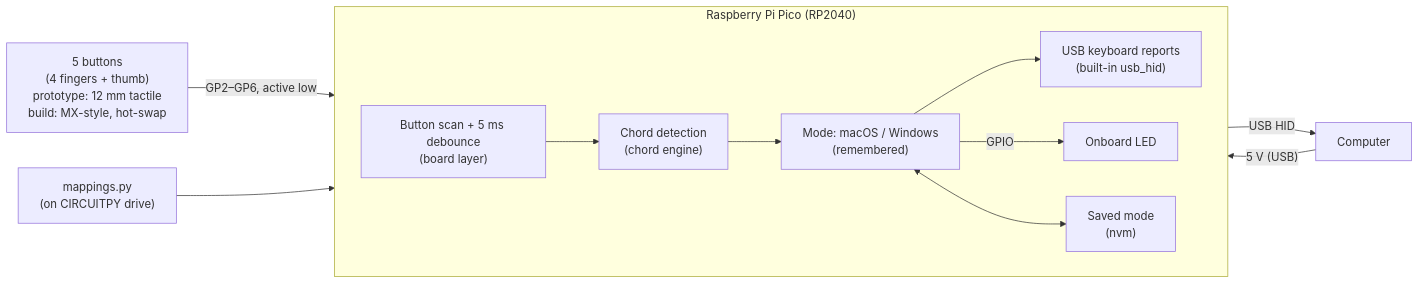
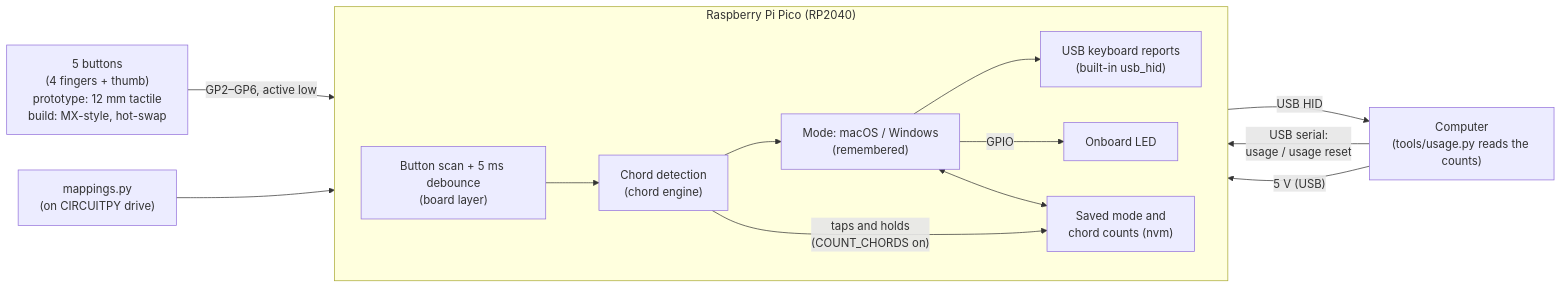
Before and after one commit to malkam03/handful: the first of 2 diagrams in docs/architecture.md, drawn with Mermaid. The commit also changed other lines of this file and 18 other files, not shown here.

First line of the commit message:
Add opt-in chord usage counts to guide layout tuning

````diff
--- a/docs/architecture.md
+++ b/docs/architecture.md
@@ -13,23 +13,25 @@
 ```mermaid
 flowchart LR
     buttons["5 buttons<br/>(4 fingers + thumb)<br/>prototype: 12 mm tactile<br/>build: MX-style, hot-swap"]
     subgraph pico["Raspberry Pi Pico (RP2040)"]
         direction LR
         scan["Button scan + 5 ms debounce<br/>(board layer)"]
         chord["Chord detection<br/>(chord engine)"]
         mode["Mode: macOS / Windows<br/>(remembered)"]
         hid["USB keyboard reports<br/>(built-in usb_hid)"]
         led["Onboard LED"]
         scan --> chord --> mode --> hid
         mode -- GPIO --> led
-        nvm["Saved mode<br/>(nvm)"]
+        nvm["Saved mode and<br/>chord counts (nvm)"]
         mode <--> nvm
+        chord -- "taps and holds<br/>(COUNT_CHORDS on)" --> nvm
     end
     config["mappings.py<br/>(on CIRCUITPY drive)"]
-    host["Computer"]
+    host["Computer<br/>(tools/usage.py reads the counts)"]
 
     buttons -- "GP2–GP6, active low" --> scan
     config --> mode
     hid -- USB HID --> host
+    host -- "USB serial:<br/>usage / usage reset" --> nvm
     host -- "5 V (USB)" --> pico
 ```
````
